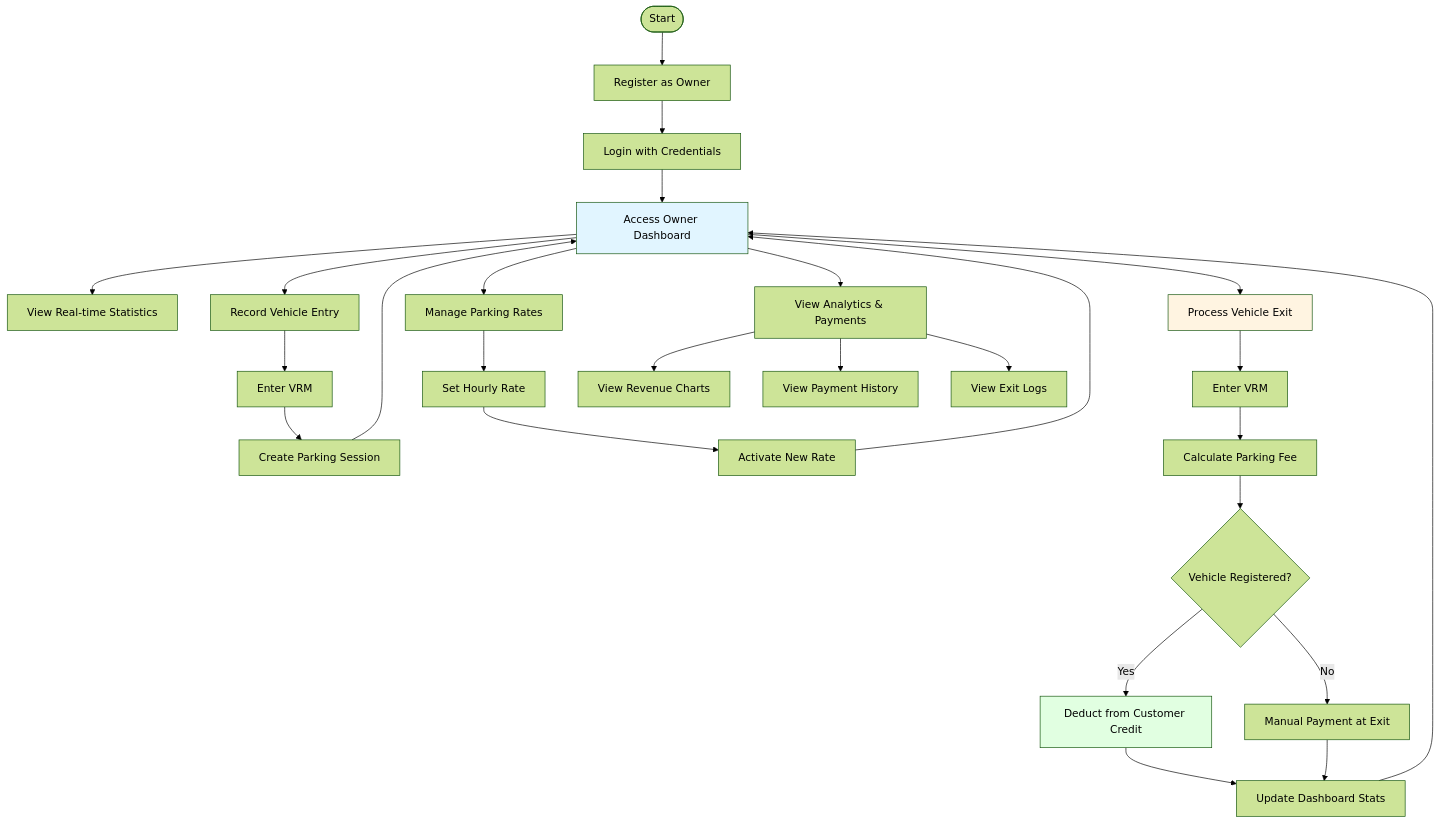
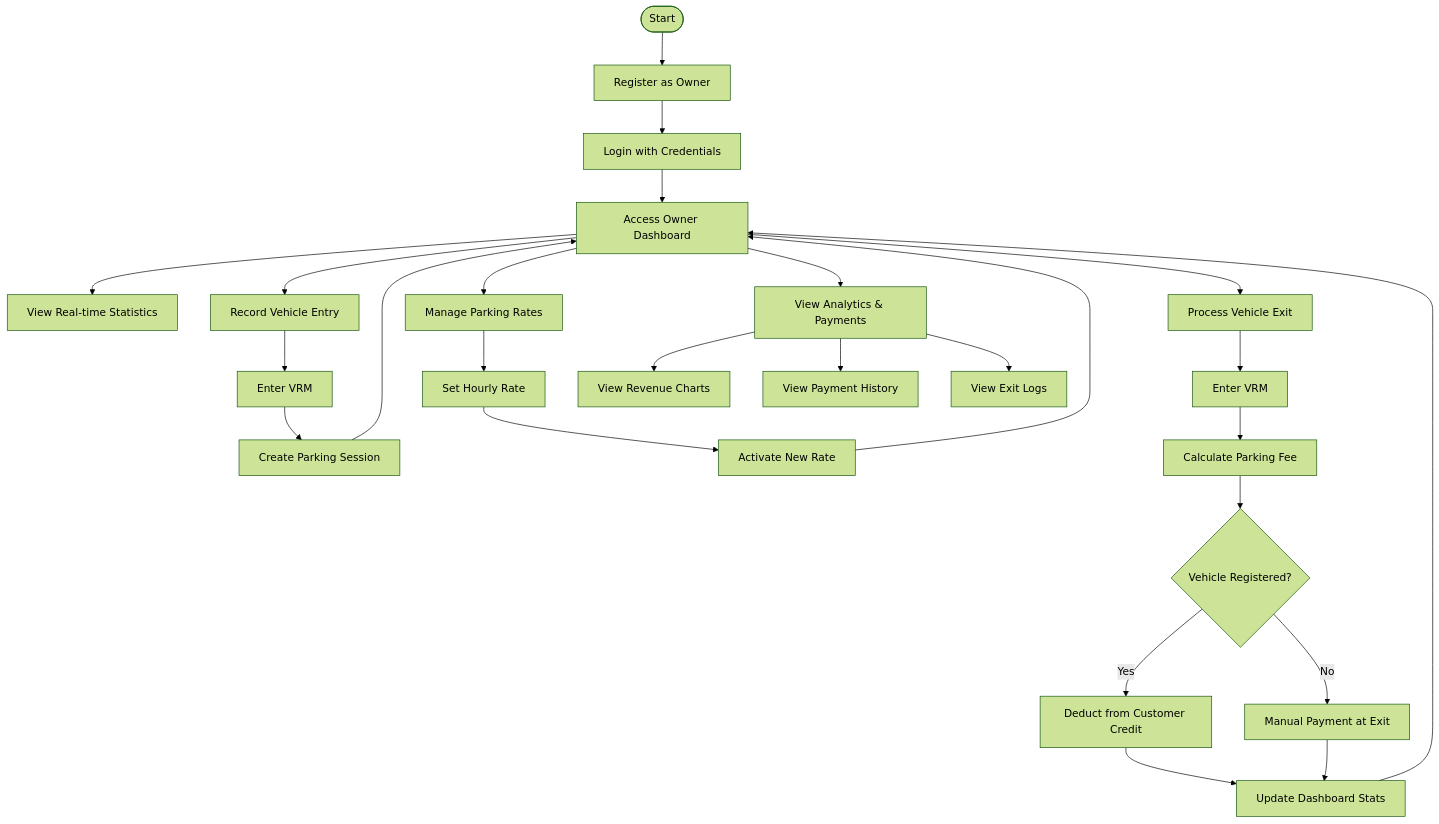
One commit to iamwasiqueasjid/Car-Parking-Management-ASP.NET-React changed the first of 2 diagrams in FrontendFlow.md. Above: the diagram before and after it, drawn with Mermaid (forest theme). The commit also changed other lines of this file, not shown here.

Commit message:
Frontend flow md style adjustments

````diff
--- a/FrontendFlow.md
+++ b/FrontendFlow.md
@@ -11,36 +11,32 @@
 ```mermaid
 flowchart TD
     Start([Start]) --> Register[Register as Owner]
     Register --> Login[Login with Credentials]
     Login --> Dashboard[Access Owner Dashboard]
     Dashboard --> ViewStats[View Real-time Statistics]
     Dashboard --> Entry[Record Vehicle Entry]
     Dashboard --> Rates[Manage Parking Rates]
     Dashboard --> Exit[Process Vehicle Exit]
     Dashboard --> Analytics[View Analytics & Payments]
 
     Entry --> EnterVRM1[Enter VRM]
     EnterVRM1 --> CreateSession[Create Parking Session]
     CreateSession --> Dashboard
 
     Rates --> SetRate[Set Hourly Rate]
     SetRate --> ActivateRate[Activate New Rate]
     ActivateRate --> Dashboard
 
     Exit --> EnterVRM2[Enter VRM]
     EnterVRM2 --> CalcFee[Calculate Parking Fee]
     CalcFee --> CheckReg{Vehicle Registered?}
     CheckReg -->|Yes| DeductCredit[Deduct from Customer Credit]
     CheckReg -->|No| ManualPayment[Manual Payment at Exit]
     DeductCredit --> UpdateDashboard[Update Dashboard Stats]
     ManualPayment --> UpdateDashboard
     UpdateDashboard --> Dashboard
 
     Analytics --> ViewRevenue[View Revenue Charts]
     Analytics --> ViewPayments[View Payment History]
     Analytics --> ViewExits[View Exit Logs]
-
-    style Dashboard fill:#e1f5ff
-    style Exit fill:#fff4e1
-    style DeductCredit fill:#e1ffe1
 ```
````
